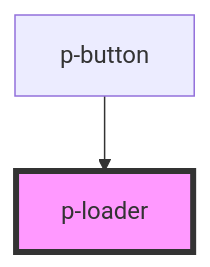
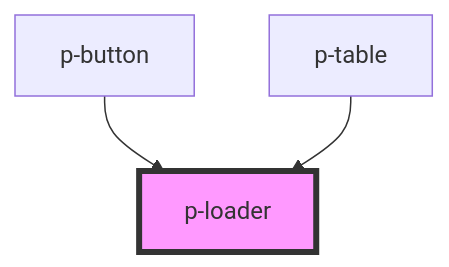
The diagram in packages/core/src/components/atoms/loader/readme.md (Employes/paperless), drawn with Mermaid before and after one commit. The commit also changed other lines of this file and 4 other files, not shown here.

````diff
--- a/packages/core/src/components/atoms/loader/readme.md
+++ b/packages/core/src/components/atoms/loader/readme.md
@@ -30,5 +31,6 @@
 ```mermaid
 graph TD;
   p-button --> p-loader
+  p-table --> p-loader
   style p-loader fill:#f9f,stroke:#333,stroke-width:4px
 ```
````
